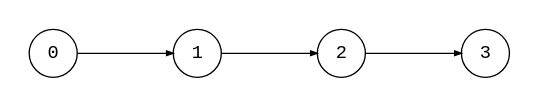
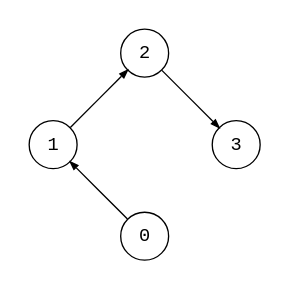
One commit to bsdrks/graaf-images changed the diagram in src/path_4.dot. Above: the diagram before and after it, drawn with Graphviz. The commit also changed 95 other files, not shown here.

```diff
--- a/src/path_4.dot
+++ b/src/path_4.dot
@@ -1,13 +1,9 @@
 digraph {
     node [shape=circle, fontname="monospace"];
-    edge [arrowsize=0.5];
+    edge [arrowsize=0.6];
     layout=circo;
     pad=0.2;
 
-    0 [label="0"];
-    1 [label="1"];
-    2 [label="2"];
-    3 [label="3"];
-
     0 -> 1 -> 2 -> 3;
+    3 -> 0 [style=invis];
 }
```
